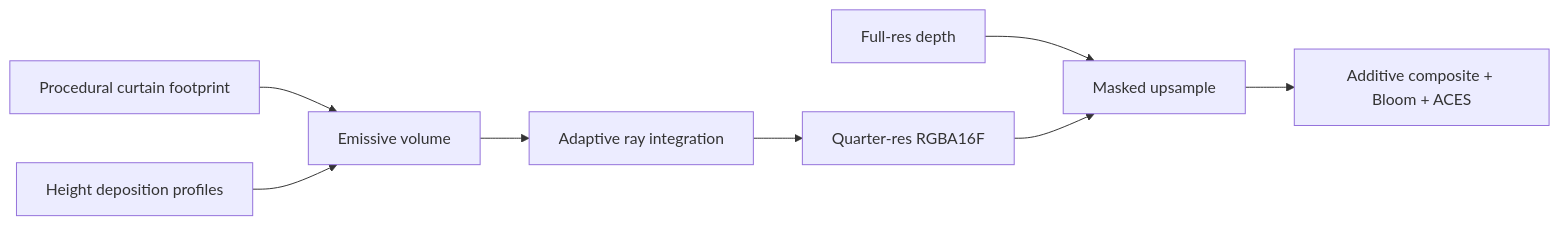
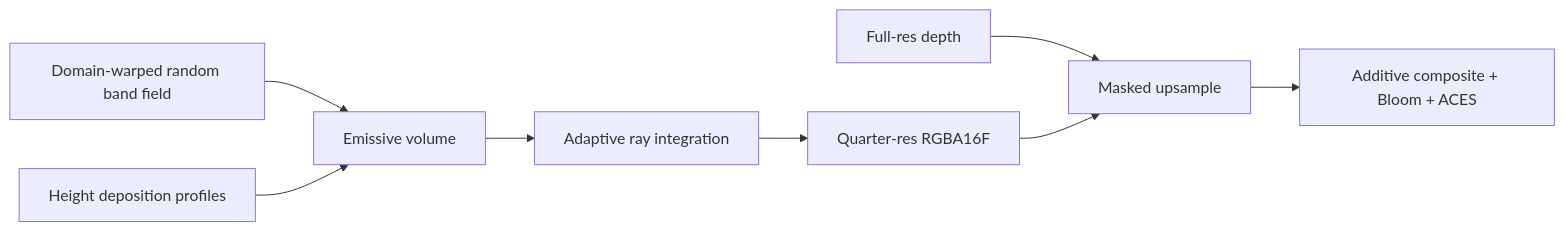
Before and after one commit to lizuoshuo-lab/OpenGL: the second of 4 diagrams in README.md, drawn with Mermaid. The commit also changed other lines of this file and 12 other files, not shown here.

````diff
--- a/README.md
+++ b/README.md
@@ -107,10 +107,10 @@
 ```mermaid
 flowchart LR
-    FOOTPRINT["Procedural curtain footprint"] --> VOLUME["Emissive volume"]
+    FOOTPRINT["Domain-warped random band field"] --> VOLUME["Emissive volume"]
     HEIGHT["Height deposition profiles"] --> VOLUME
     VOLUME --> MARCH["Adaptive ray integration"]
     MARCH --> HDR["Quarter-res RGBA16F"]
     DEPTH["Full-res depth"] --> UPSAMPLE["Masked upsample"]
     HDR --> UPSAMPLE
     UPSAMPLE --> POST["Additive composite + Bloom + ACES"]
 ```
````
